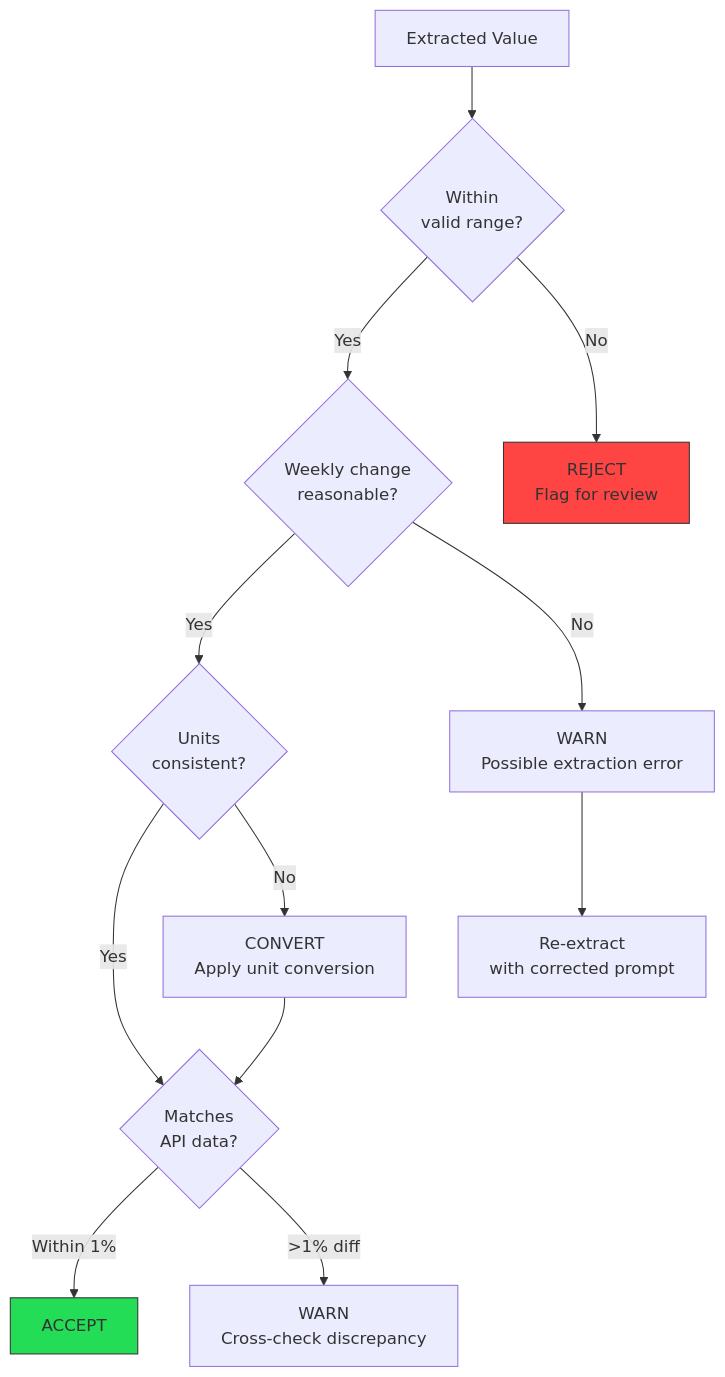
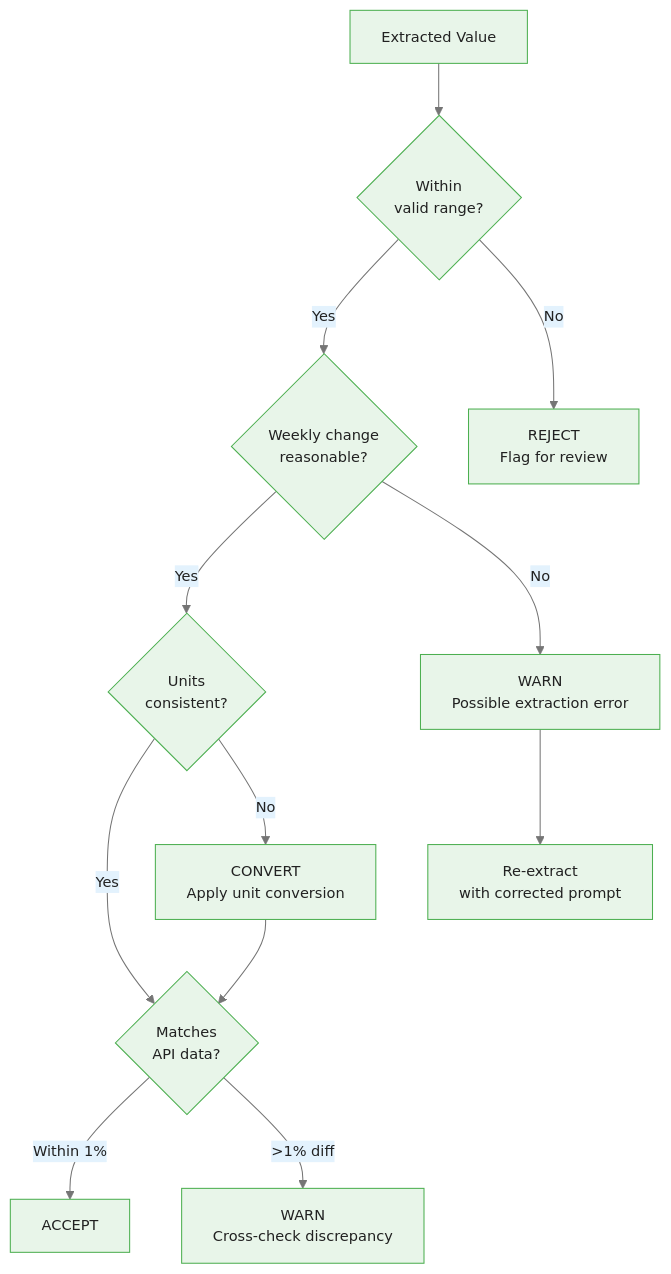
One commit to m-deane/course-creator changed the third of 5 diagrams in courses/genai-commodities/modules/module_02_rag_research/guides/02_document_processing_slides.md. Above: the diagram before and after it, drawn with Mermaid. The commit also changed other lines of this file and 84 other files, not shown here.

````diff
--- a/courses/genai-commodities/modules/module_02_rag_research/guides/02_document_processing_slides.md
+++ b/courses/genai-commodities/modules/module_02_rag_research/guides/02_document_processing_slides.md
@@ -476,21 +518,19 @@
 ```mermaid
+%%{init: {"theme": "base", "themeVariables": {"primaryColor": "#e8f5e9", "primaryBorderColor": "#4caf50", "primaryTextColor": "#212121", "secondaryColor": "#e3f2fd", "tertiaryColor": "#fff8e1", "lineColor": "#757575", "fontFamily": "Inter, sans-serif", "fontSize": "14px"}}}%%
 flowchart TD
     A[Extracted Value] --> B{Within<br/>valid range?}
     B -->|Yes| C{Weekly change<br/>reasonable?}
     B -->|No| D[REJECT<br/>Flag for review]
 
     C -->|Yes| E{Units<br/>consistent?}
     C -->|No| F[WARN<br/>Possible extraction error]
 
     E -->|Yes| G{Matches<br/>API data?}
     E -->|No| H[CONVERT<br/>Apply unit conversion]
 
     G -->|Within 1%| I[ACCEPT]
     G -->|>1% diff| J[WARN<br/>Cross-check discrepancy]
 
     H --> G
     F --> K[Re-extract<br/>with corrected prompt]
-
-    style I fill:#2d5,stroke:#333
-    style D fill:#f44,stroke:#333
 ```
````
